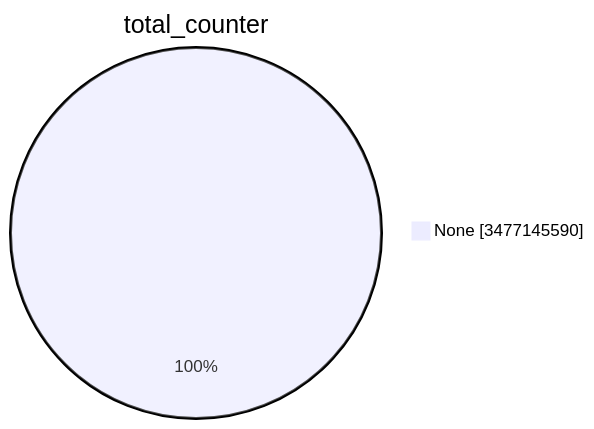
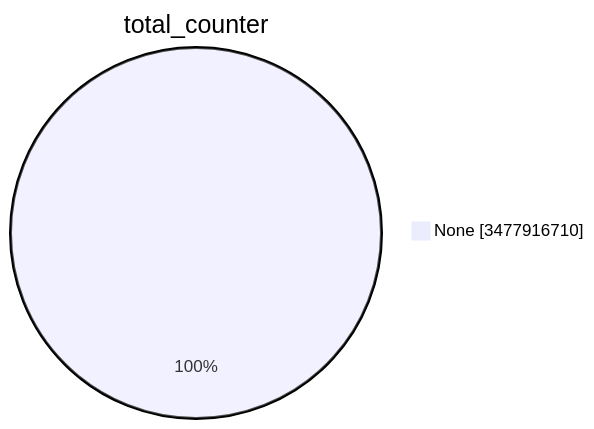
The first of 15 diagrams in TOTAL/README.md (christiankrug/ctmonitor_visualization), drawn with Mermaid before and after one commit. The commit also changed other lines of this file, not shown here.

````diff
--- a/TOTAL/README.md
+++ b/TOTAL/README.md
@@ -1,5 +1,5 @@
 ```mermaid
 pie showData
 title total_counter
-"None" :3477145590
+"None" :3477916710
 ```
````
